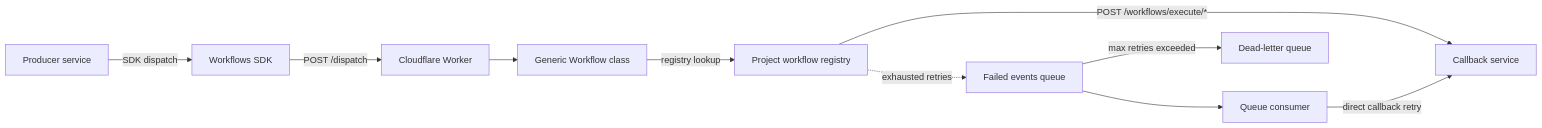
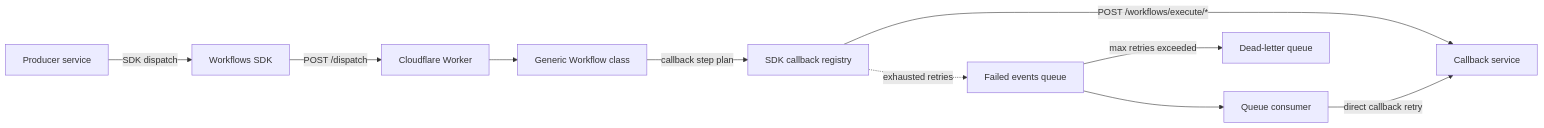
One commit to aashahin/cloudflare-workflows-worker changed the diagram in README.md. Above: the diagram before and after it, drawn with Mermaid. The commit also changed other lines of this file and 5 other files, not shown here.

Commit message:
Use SDK backend callback workflows

````diff
--- a/README.md
+++ b/README.md
@@ -32,12 +31,12 @@
 ```mermaid
 flowchart LR
   A[Producer service] -->|SDK dispatch| B[Workflows SDK]
   B -->|POST /dispatch| C[Cloudflare Worker]
   C --> D[Generic Workflow class]
-  D -->|registry lookup| E[Project workflow registry]
+  D -->|callback step plan| E[SDK callback registry]
   E -->|POST /workflows/execute/*| F[Callback service]
   E -. exhausted retries .-> G[Failed events queue]
   G --> H[Queue consumer]
   H -->|direct callback retry| F
   G -->|max retries exceeded| I[Dead-letter queue]
 ```
````
